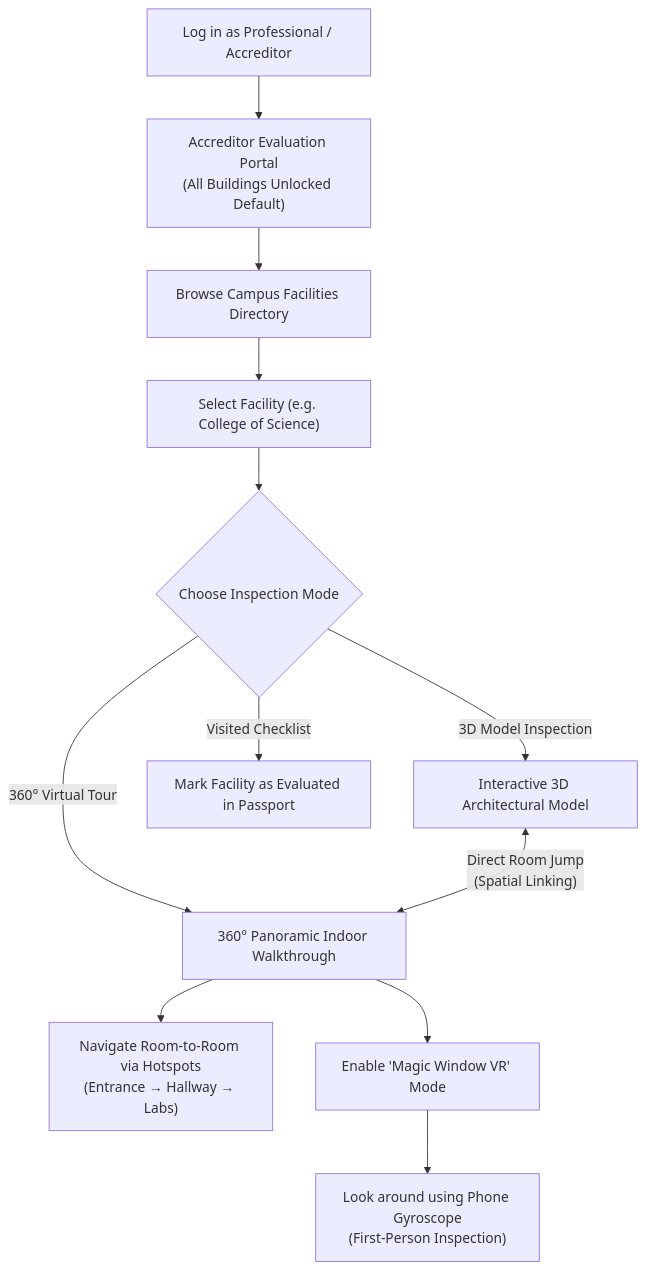
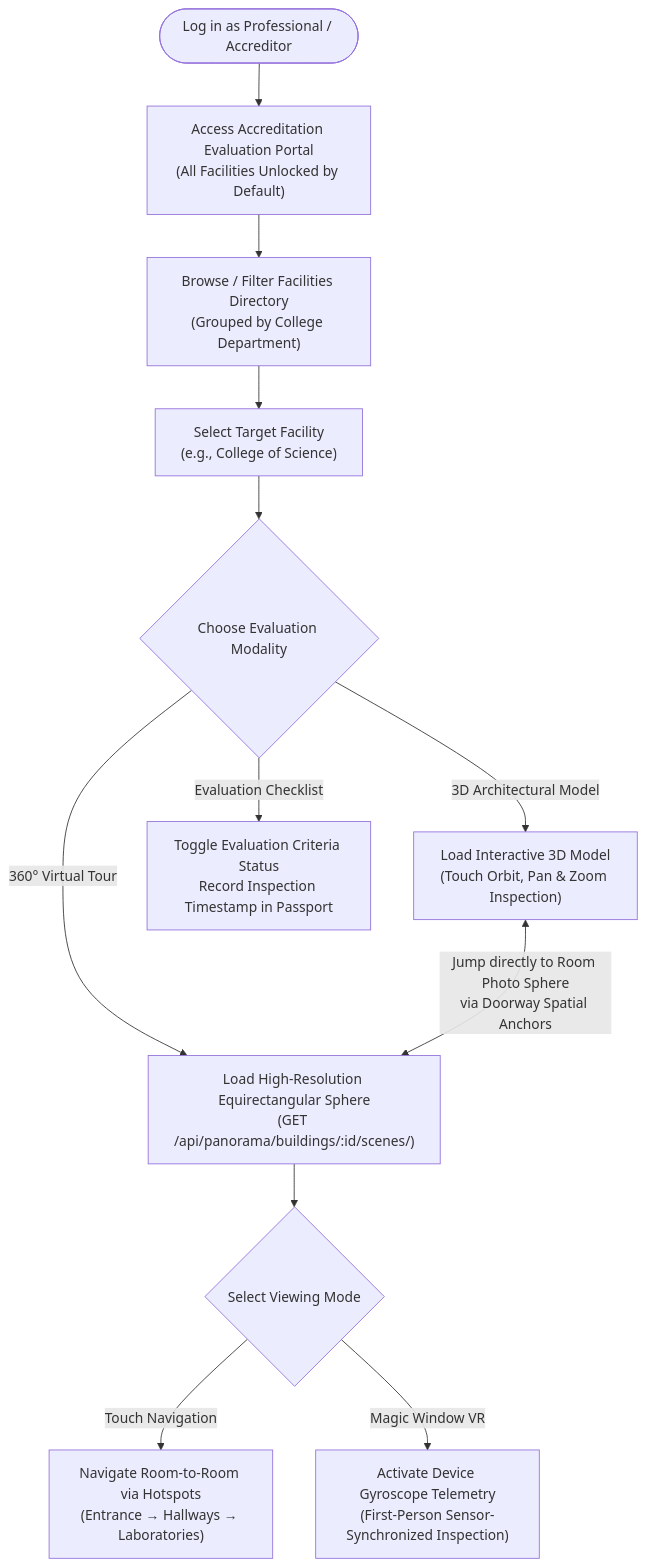
The third of 7 diagrams in user-flow.md (Cipher-Syntax/ARQuest), drawn with Mermaid before and after one commit. The commit also changed other lines of this file and 8 other files, not shown here.

Commit message:
Updated: documentation + diagrams

````diff
--- a/user-flow.md
+++ b/user-flow.md
@@ -84,20 +112,25 @@
 ```mermaid
 flowchart TD
-    PROF_LOGIN["Log in as Professional / Accreditor"]
-    PROF_LOGIN --> PROF_PORTAL["Accreditor Evaluation Portal\n(All Buildings Unlocked Default)"]
+    START_PROF(["Log in as Professional / Accreditor"])
+    PORTAL["Access Accreditation Evaluation Portal<br/>(All Facilities Unlocked by Default)"]
 
-    PROF_PORTAL --> DIRECTORY["Browse Campus Facilities Directory"]
-    DIRECTORY --> SELECT_BLDG["Select Facility (e.g. College of Science)"]
+    START_PROF --> PORTAL
 
-    SELECT_BLDG --> EVAL_CHOICE{"Choose Inspection Mode"}
+    PORTAL --> FILTER_DEPT["Browse / Filter Facilities Directory<br/>(Grouped by College Department)"]
+    FILTER_DEPT --> SELECT_BLDG["Select Target Facility<br/>(e.g., College of Science)"]
 
-    EVAL_CHOICE -->|"360° Virtual Tour"| PANO_VIEW["360° Panoramic Indoor Walkthrough"]
-    EVAL_CHOICE -->|"3D Model Inspection"| MODEL_VIEW["Interactive 3D Architectural Model"]
-    EVAL_CHOICE -->|"Visited Checklist"| CHECKLIST["Mark Facility as Evaluated in Passport"]
+    SELECT_BLDG --> INSPECT_CHOICE{"Choose Evaluation Modality"}
 
-    PANO_VIEW --> HOTSPOTS["Navigate Room-to-Room via Hotspots\n(Entrance → Hallway → Labs)"]
-    PANO_VIEW --> VR_TOGGLE["Enable 'Magic Window VR' Mode"]
-    VR_TOGGLE --> GYRO["Look around using Phone Gyroscope\n(First-Person Inspection)"]
+    %% 360 Walkthrough Branch
+    INSPECT_CHOICE -->|"360° Virtual Tour"| LOAD_PANO["Load High-Resolution Equirectangular Sphere<br/>(GET /api/panorama/buildings/:id/scenes/)"]
+    LOAD_PANO --> PANO_INTERACT{"Select Viewing Mode"}
+    PANO_INTERACT -->|"Touch Navigation"| HOTSPOT_NAV["Navigate Room-to-Room via Hotspots<br/>(Entrance → Hallways → Laboratories)"]
+    PANO_INTERACT -->|"Magic Window VR"| ENABLE_GYRO["Activate Device Gyroscope Telemetry<br/>(First-Person Sensor-Synchronized Inspection)"]
 
-    MODEL_VIEW <-->|"Direct Room Jump\n(Spatial Linking)"| PANO_VIEW
+    %% 3D Model Branch
+    INSPECT_CHOICE -->|"3D Architectural Model"| LOAD_3D["Load Interactive 3D Model<br/>(Touch Orbit, Pan & Zoom Inspection)"]
+    LOAD_3D <-->|"Jump directly to Room Photo Sphere<br/>via Doorway Spatial Anchors"| LOAD_PANO
+
+    %% Checklist Branch
+    INSPECT_CHOICE -->|"Evaluation Checklist"| MARK_CHECKLIST["Toggle Evaluation Criteria Status<br/>Record Inspection Timestamp in Passport"]
 ```
````
